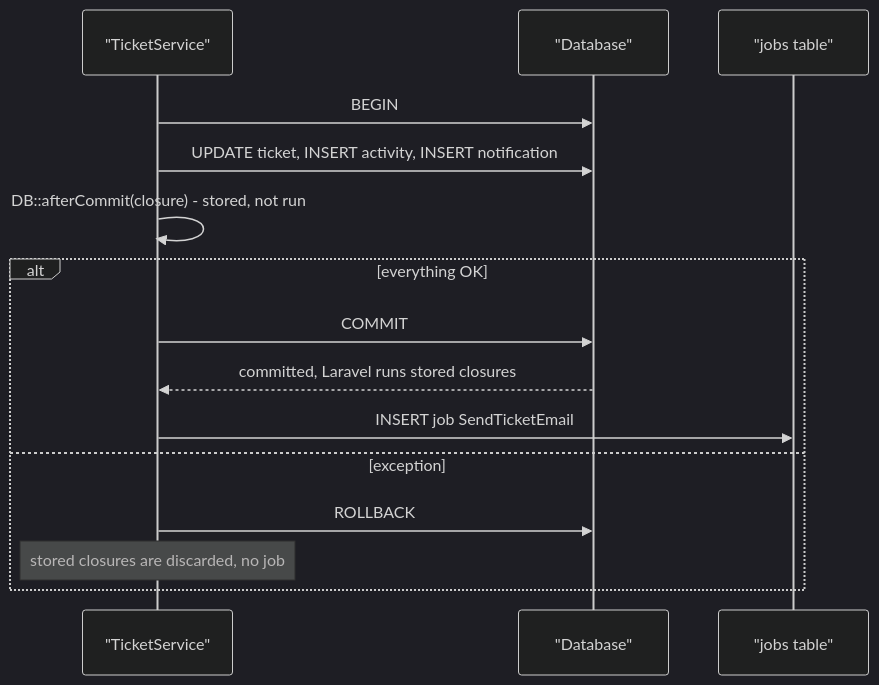
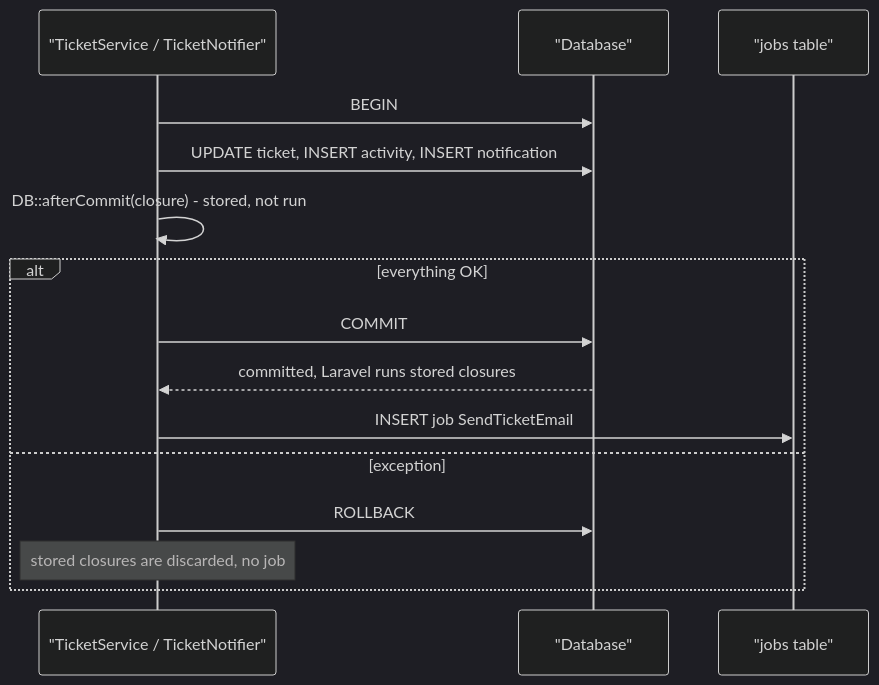
The second of 2 diagrams in docs/14-QUEUE-AND-EMAIL-GUIDE.md (Saif-Mahmud-Khan-Dourjoy/ResolveDesk), drawn with Mermaid (dark theme) before and after one commit. The commit also changed other lines of this file and 140 other files, not shown here.

````diff
--- a/docs/14-QUEUE-AND-EMAIL-GUIDE.md
+++ b/docs/14-QUEUE-AND-EMAIL-GUIDE.md
@@ -410,17 +486,17 @@
 ```mermaid
 sequenceDiagram
-    participant TS as "TicketService"
+    participant TS as "TicketService / TicketNotifier"
     participant DB as "Database"
     participant Q as "jobs table"
     TS->>DB: BEGIN
     TS->>DB: UPDATE ticket, INSERT activity, INSERT notification
     TS->>TS: DB::afterCommit(closure) - stored, not run
     alt everything OK
         TS->>DB: COMMIT
         DB-->>TS: committed, Laravel runs stored closures
         TS->>Q: INSERT job SendTicketEmail
     else exception
         TS->>DB: ROLLBACK
         Note over TS: stored closures are discarded, no job
     end
 ```
````
